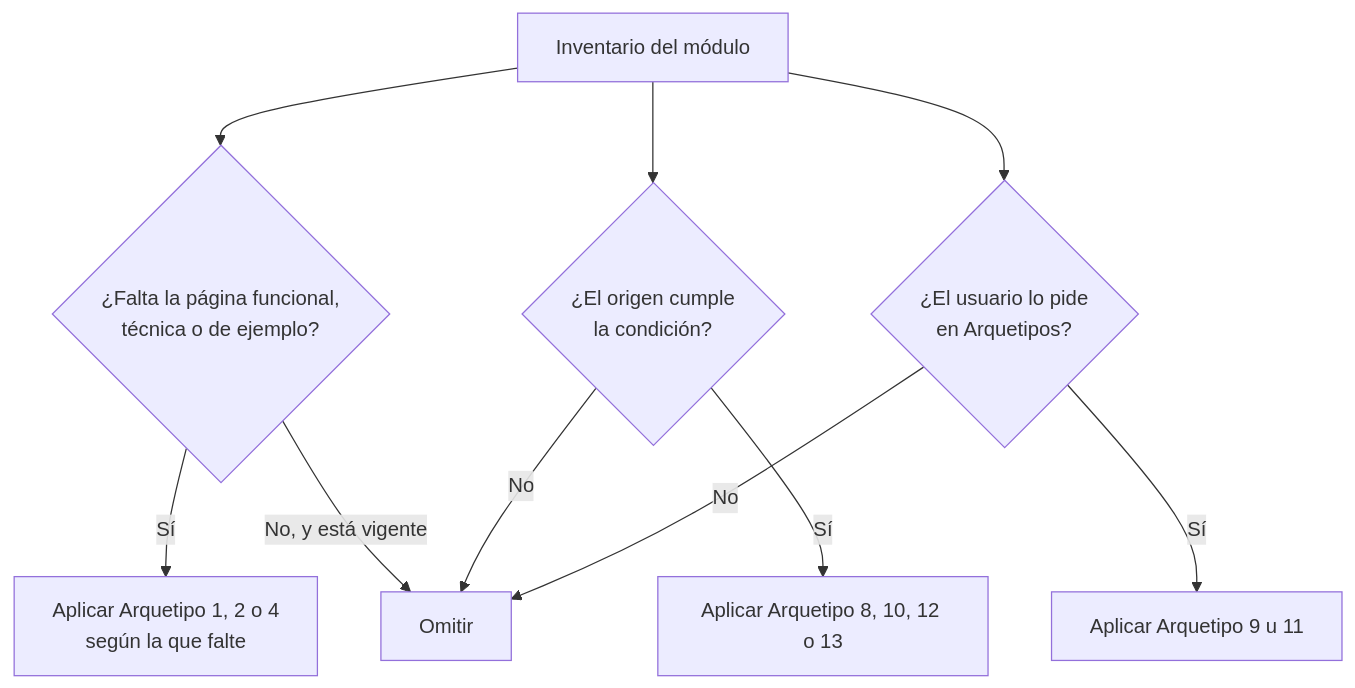
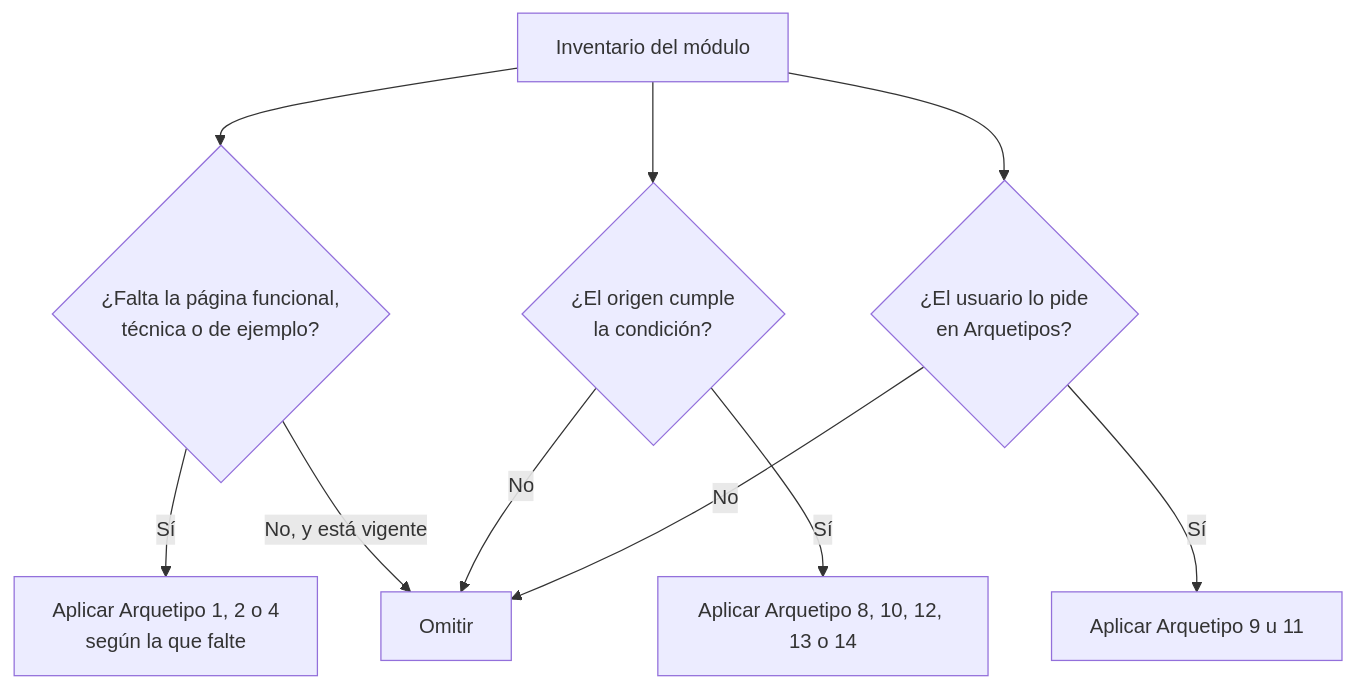
Before and after one commit to fmanza/doc_ia: the diagram in docs/functional/archetypes.md, drawn with Mermaid. The commit also changed other lines of this file and 41 other files, not shown here.

````diff
--- a/docs/functional/archetypes.md
+++ b/docs/functional/archetypes.md
@@ -51,14 +55,14 @@
 ```mermaid
 flowchart TD
     accTitle: Qué arquetipos se aplican a un módulo
-    accDescr: Durante el inventario se aplican los Arquetipos 1, 2 y 4 si falta su página, los condicionales 8, 10, 12 y 13 si el origen cumple su condición y los opt-in 9 y 11 si el usuario los pide; en otro caso se omiten.
+    accDescr: Durante el inventario se aplican los Arquetipos 1, 2 y 4 si falta su página, los condicionales 8, 10, 12, 13 y 14 si el origen cumple su condición y los opt-in 9 y 11 si el usuario los pide; en otro caso se omiten.
     INV[Inventario del módulo] --> BASE{¿Falta la página funcional,<br/>técnica o de ejemplo?}
     BASE -- Sí --> A124[Aplicar Arquetipo 1, 2 o 4<br/>según la que falte]
     BASE -- No, y está vigente --> OMIT[Omitir]
     INV --> COND{¿El origen cumple<br/>la condición?}
-    COND -- Sí --> A81012[Aplicar Arquetipo 8, 10, 12 o 13]
+    COND -- Sí --> A81012[Aplicar Arquetipo 8, 10, 12, 13 o 14]
     COND -- No --> OMIT
     INV --> OPT{¿El usuario lo pide<br/>en Arquetipos?}
     OPT -- Sí --> A911[Aplicar Arquetipo 9 u 11]
     OPT -- No --> OMIT
 ```
````
